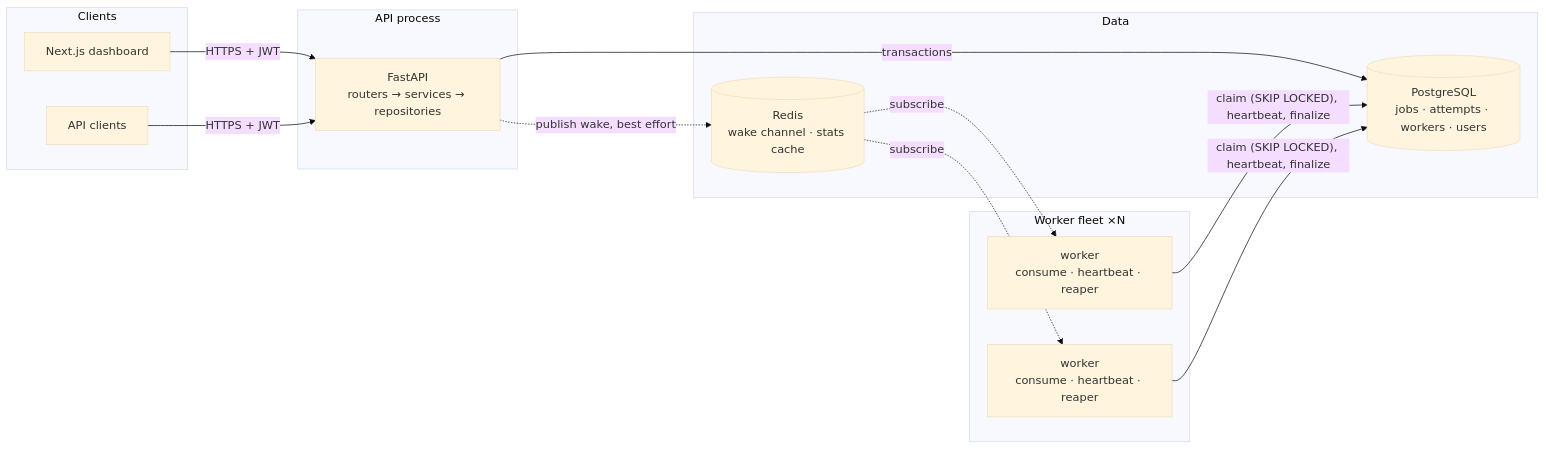
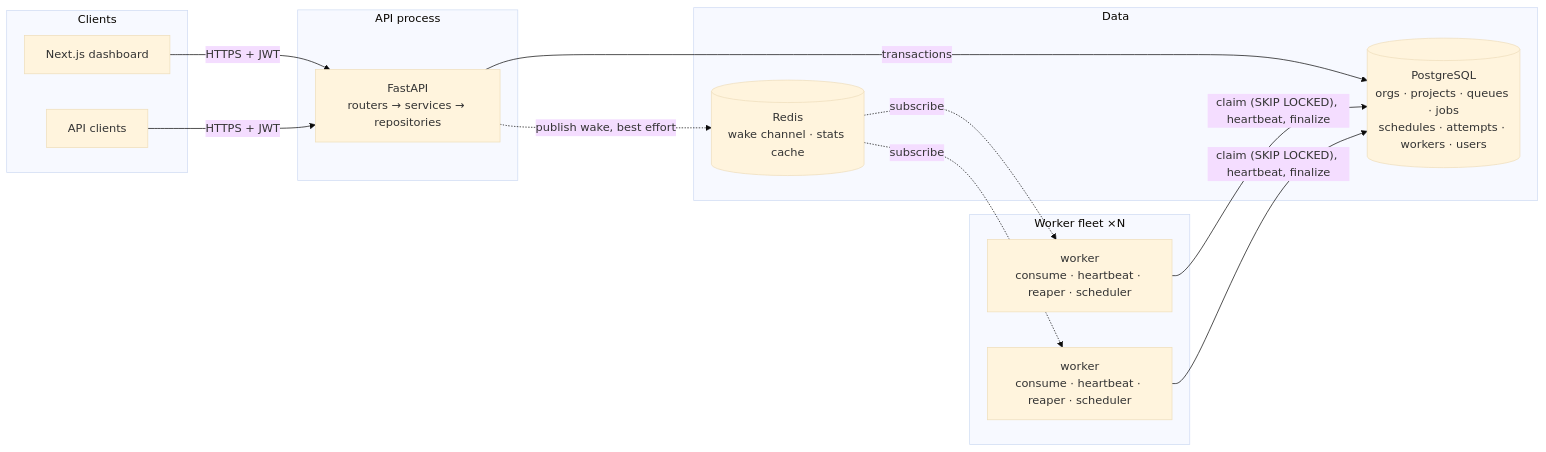
One commit to Shiva085000/chronos-scheduler changed the first of 11 diagrams in docs/DIAGRAMS.md. Above: the diagram before and after it, drawn with Mermaid (base theme). The commit also changed other lines of this file and 4 other files, not shown here.

First line of the commit message:
docs: ER diagram, full feature coverage, rebuilt 23pp report

````diff
--- a/docs/DIAGRAMS.md
+++ b/docs/DIAGRAMS.md
@@ -8,28 +8,28 @@
 ```mermaid
 flowchart LR
   subgraph Clients
     UI[Next.js dashboard]
     CLI[API clients]
   end
 
   subgraph Control["API process"]
     API[FastAPI<br/>routers → services → repositories]
   end
 
   subgraph Data
-    PG[(PostgreSQL<br/>jobs · attempts · workers · users)]
+    PG[(PostgreSQL<br/>orgs · projects · queues · jobs<br/>schedules · attempts · workers · users)]
     RD[(Redis<br/>wake channel · stats cache)]
   end
 
   subgraph Fleet["Worker fleet ×N"]
-    W1[worker<br/>consume · heartbeat · reaper]
-    W2[worker<br/>consume · heartbeat · reaper]
+    W1[worker<br/>consume · heartbeat · reaper · scheduler]
+    W2[worker<br/>consume · heartbeat · reaper · scheduler]
   end
 
   UI -->|HTTPS + JWT| API
   CLI -->|HTTPS + JWT| API
   API -->|transactions| PG
   API -.->|publish wake, best effort| RD
   RD -.->|subscribe| W1 & W2
   W1 & W2 -->|"claim (SKIP LOCKED), heartbeat, finalize"| PG
 ```
````
